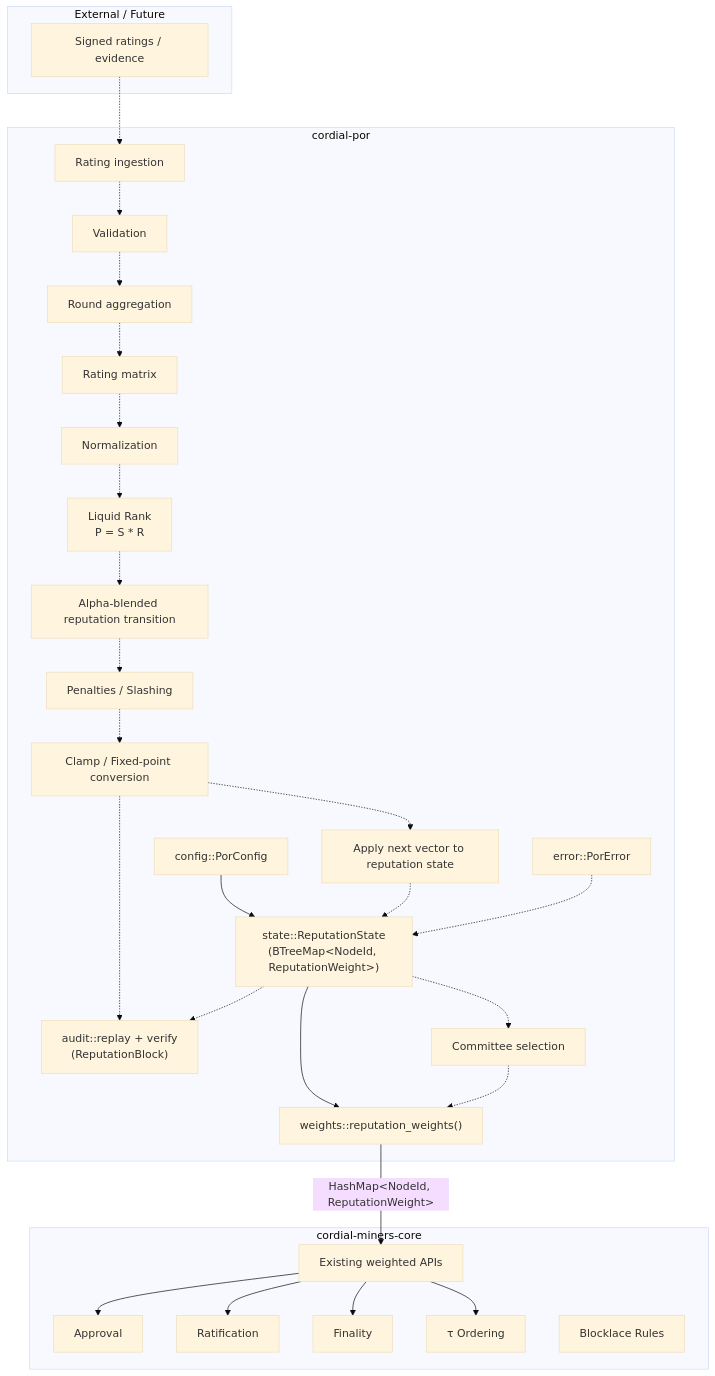
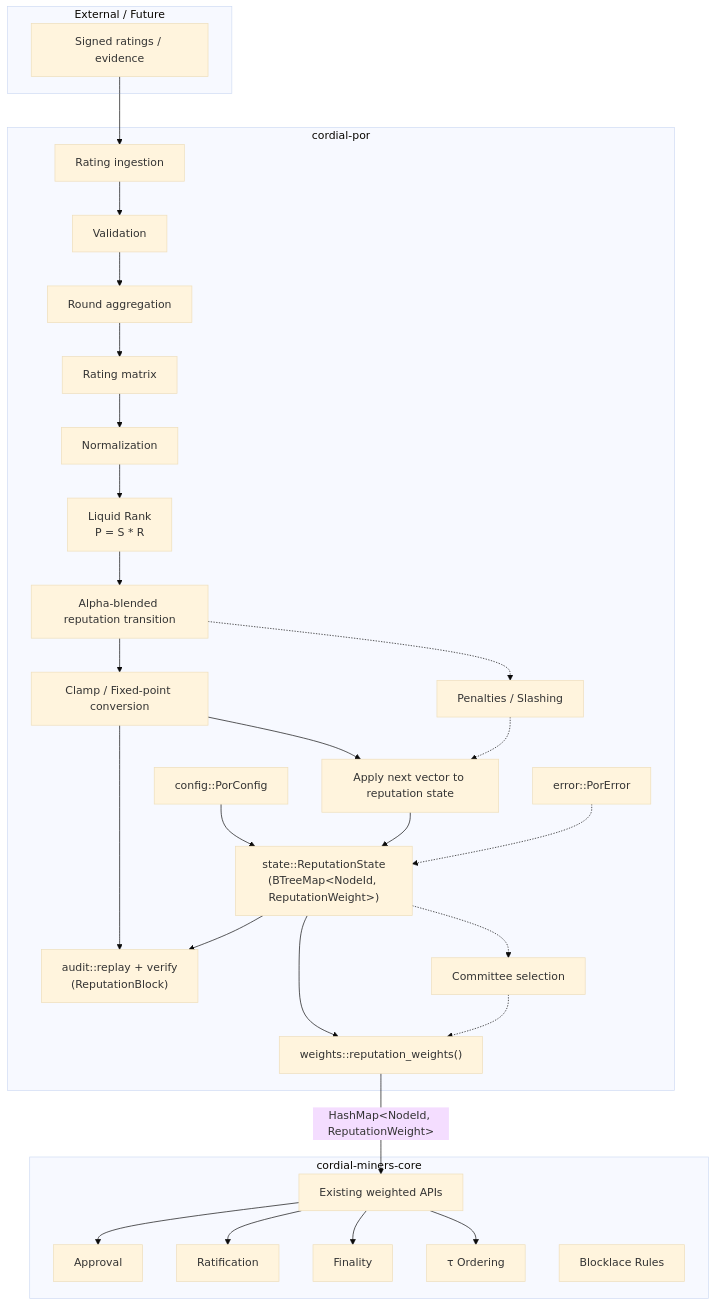
One commit to iCog-Labs-Dev/cordial-f1r3node changed the second of 2 diagrams in crates/cordial-por/docs/00-architecture.md. Above: the diagram before and after it, drawn with Mermaid (base theme). The commit also changed other lines of this file and 1 other file, not shown here.

````diff
--- a/crates/cordial-por/docs/00-architecture.md
+++ b/crates/cordial-por/docs/00-architecture.md
@@ -66,79 +66,80 @@
 ```mermaid
 flowchart TD
 
     %% ---------- External ----------
     subgraph External["External / Future"]
         Ratings["Signed ratings / evidence"]
     end
 
     %% ---------- cordial-por ----------
     subgraph PoR["cordial-por"]
 
         Config["config::PorConfig"]
 
         State["state::ReputationState<br/>(BTreeMap&lt;NodeId, ReputationWeight&gt;)"]
 
         Export["weights::reputation_weights()"]
 
         Audit["audit::replay + verify<br/>(ReputationBlock)"]
 
         Error["error::PorError"]
 
         Ingest["Rating ingestion"]
         Validate["Validation"]
         Aggregate["Round aggregation"]
         Matrix["Rating matrix"]
         Normalize["Normalization"]
         Liquid["Liquid Rank<br/>P = S * R"]
         Penalty["Penalties / Slashing"]
         Clamp["Clamp / Fixed-point conversion"]
         Transition["Alpha-blended reputation transition"]
         Apply["Apply next vector to reputation state"]
         Committee["Committee selection"]
 
     end
 
     %% ---------- cordial-miners-core ----------
     subgraph Core["cordial-miners-core"]
 
         Weighted["Existing weighted APIs"]
 
         Approval["Approval"]
         Ratification["Ratification"]
         Finality["Finality"]
         Tau["τ Ordering"]
         Blocklace["Blocklace Rules"]
 
     end
 
     %% ---------- Current implemented path ----------
+    Ratings --> Ingest
+    Ingest --> Validate
+    Validate --> Aggregate
+    Aggregate --> Matrix
+    Matrix --> Normalize
+    Normalize --> Liquid
+    Liquid --> Transition
+    Transition --> Clamp
+    Clamp --> Apply
+    Clamp --> Audit
     Config --> State
     State --> Export
     Export -->|"HashMap&lt;NodeId, ReputationWeight&gt;"| Weighted
 
-    %% ---------- Future PoR pipeline ----------
-    Ratings -.-> Ingest
-    Ingest -.-> Validate
-    Validate -.-> Aggregate
-    Aggregate -.-> Matrix
-    Matrix -.-> Normalize
-    Normalize -.-> Liquid
-    Liquid -.-> Transition
+    %% ---------- Future PoR extensions ----------
     Transition -.-> Penalty
-    Penalty -.-> Clamp
-    Clamp -.-> Apply
-    Apply -.-> State
-    Clamp -.-> Audit
+    Penalty -.-> Apply
 
-    State -.-> Audit
+    Apply --> State
+    State --> Audit
     State -.-> Committee
     Committee -.-> Export
 
     Error -.-> State
 
     %% ---------- Consumed by Cordial Miners ----------
     Weighted --> Approval
     Weighted --> Ratification
     Weighted --> Finality
     Weighted --> Tau
 ```
````
